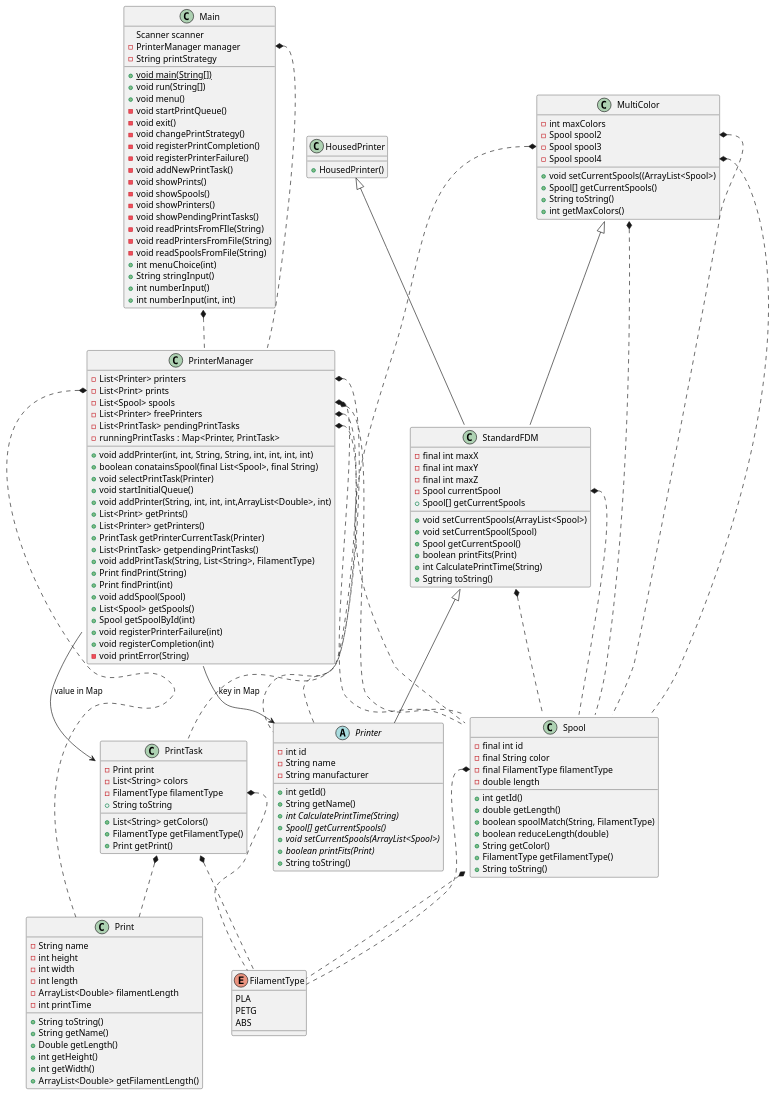
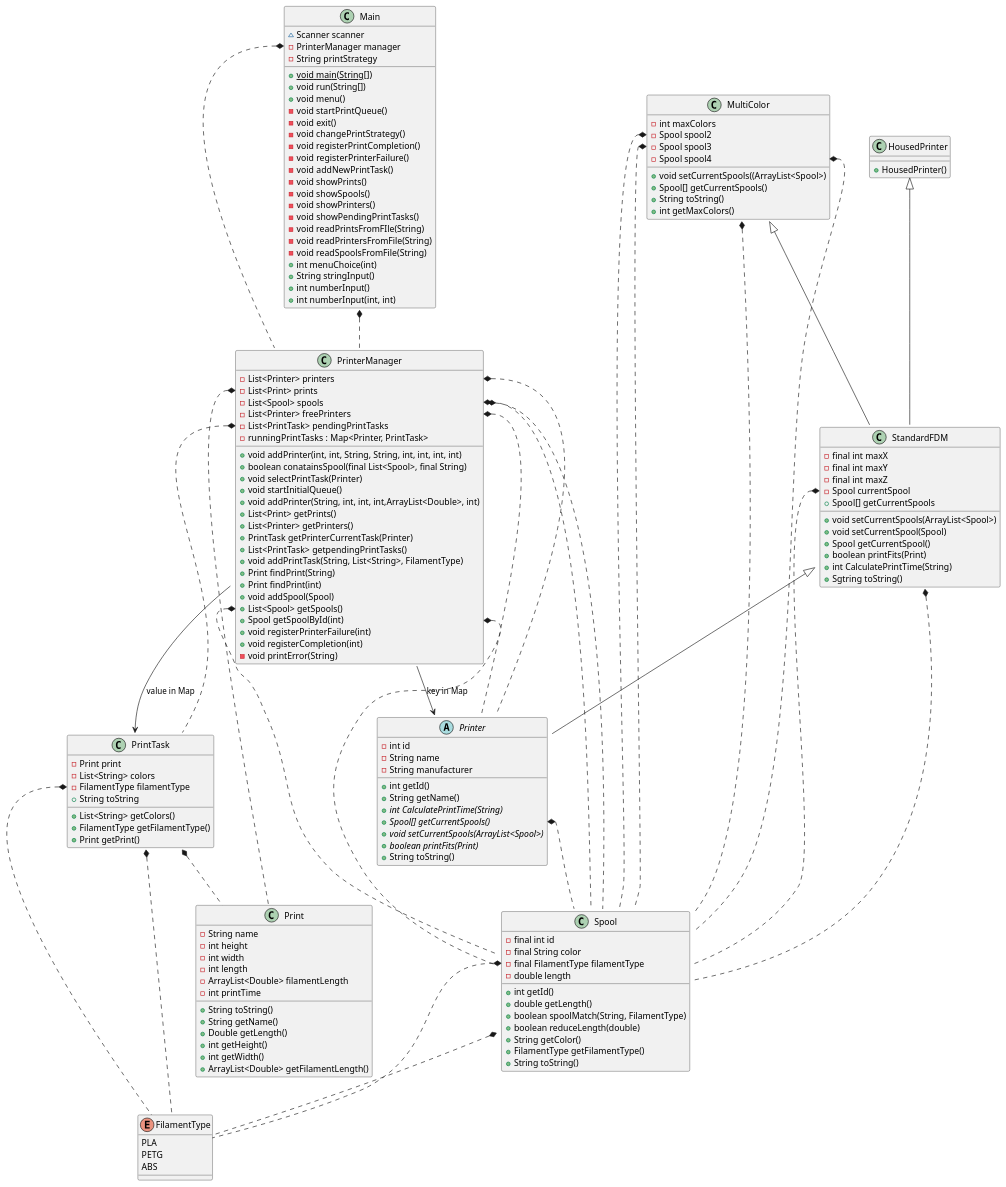
Before and after one commit to mhountsword/SysteemOntwerp: the diagram in 3dprintscheduler-main/docs/ClassDiagram.puml, drawn with PlantUML.

Commit message:
classDiagram edited

```diff
--- a/3dprintscheduler-main/docs/ClassDiagram.puml
+++ b/3dprintscheduler-main/docs/ClassDiagram.puml
@@ -1,164 +1,167 @@
 @startuml
 abstract class Printer{
 - int id
 -String name
 -String manufacturer
 + int getId()
 + String getName()
 + {abstract} int CalculatePrintTime(String)
 + {abstract} Spool[] getCurrentSpools()
 +{abstract} void setCurrentSpools(ArrayList<Spool>)
 + {abstract} boolean printFits(Print)
 +String toString()
 }
 enum FilamentType{
     PLA
     PETG
     ABS
 }
 class HousedPrinter{
 + HousedPrinter()
 }
 class MultiColor{
 - int maxColors
 - Spool spool2
 - Spool spool3
 - Spool spool4
 + void setCurrentSpools((ArrayList<Spool>)
 + Spool[] getCurrentSpools()
 +String toString()
 +int getMaxColors()
 }
 class Print{
 -String name
 -int height
 -int width
 -int length
 -ArrayList<Double> filamentLength
 -int printTime
 +String toString()
 +String getName()
 +Double getLength()
 +int getHeight()
 +int getWidth()
 + ArrayList<Double> getFilamentLength()
 }
 class PrintTask{
 -Print print
 -List<String> colors
 -FilamentType filamentType
 + List<String> getColors()
 +FilamentType getFilamentType()
 +Print getPrint()
 +String toString
 }
 class Spool{
 -final int id
 -final String color
 - final FilamentType filamentType
 -double length
 +int getId()
 +double getLength()
 +boolean spoolMatch(String, FilamentType)
 +boolean reduceLength(double)
 +String getColor()
 +FilamentType getFilamentType()
 +String toString()
 }
 class StandardFDM{
 -final int maxX
 -final int maxY
 -final int maxZ
 -Spool currentSpool
 +void setCurrentSpools(ArrayList<Spool>)
 +void setCurrentSpool(Spool)
 +Spool getCurrentSpool()
 +Spool[] getCurrentSpools
 +boolean printFits(Print)
 +int CalculatePrintTime(String)
 +Sgtring toString()
 }
 class PrinterManager{
 -List<Printer> printers
 - List<Print> prints
 -List<Spool> spools
 -List<Printer> freePrinters
 -List<PrintTask> pendingPrintTasks
 - runningPrintTasks : Map<Printer, PrintTask>
 +void addPrinter(int, int, String, String, int, int, int, int)
 +boolean conatainsSpool(final List<Spool>, final String)
 +void selectPrintTask(Printer)
 +void startInitialQueue()
 +void addPrinter(String, int, int, int,ArrayList<Double>, int)
 +List<Print> getPrints()
 +List<Printer> getPrinters()
 +PrintTask getPrinterCurrentTask(Printer)
 +List<PrintTask> getpendingPrintTasks()
 +void addPrintTask(String, List<String>, FilamentType)
 +Print findPrint(String)
 +Print findPrint(int)
 +void addSpool(Spool)
 +List<Spool> getSpools()
 +Spool getSpoolById(int)
 +void registerPrinterFailure(int)
 +void registerCompletion(int)
 -void printError(String)
 }
 class Main{
-Scanner scanner
+~Scanner scanner
 -PrinterManager manager
 -String printStrategy
 +{static} void main(String[])
 +void run(String[])
 +void menu()
 -void startPrintQueue()
 -void exit()
 -void changePrintStrategy()
 -void registerPrintCompletion()
 -void registerPrinterFailure()
 -void addNewPrintTask()
 -void showPrints()
 -void showSpools()
 -void showPrinters()
 -void showPendingPrintTasks()
 -void readPrintsFromFIle(String)
 -void readPrintersFromFile(String)
 -void readSpoolsFromFile(String)
 +int menuChoice(int)
 +String stringInput()
 +int numberInput()
 +int numberInput(int, int)
 }
 
 StandardFDM <|-- Printer
 MultiColor <|-- StandardFDM
 HousedPrinter <|-- StandardFDM
 PrintTask *.. FilamentType
 PrintTask *.. Print
 MultiColor *.. Spool
 Spool *.. FilamentType
 StandardFDM *.. Spool
 Main *.. PrinterManager
 PrinterManager::printers *.. Printer
 PrinterManager::prints *.. Print
 PrinterManager::spools *.. Spool
 PrinterManager::freeSpools *.. Spool
 PrinterManager::freePrinters *.. Printer
 PrinterManager::pendingPrintTask *.. PrintTask
 PrinterManager--> Printer : "key in Map"
 PrinterManager--> PrintTask : "value in Map"
+PrinterManager::getSpoolById *.. Spool
+PrinterManager::getSpools *.. Spool
+Printer::getCurrentSpools *.. Spool
 StandardFDM::currentSpool *.. Spool
 Spool::filamentType *.. FilamentType
 PrintTask::filamentType *.. FilamentType
 Main::manager *.. PrinterManager
 MultiColor::spool2 *.. Spool
 MultiColor::spool3 *.. Spool
 MultiColor::spool4 *.. Spool
 
 
 
 
 
 
 
 @enduml
```
